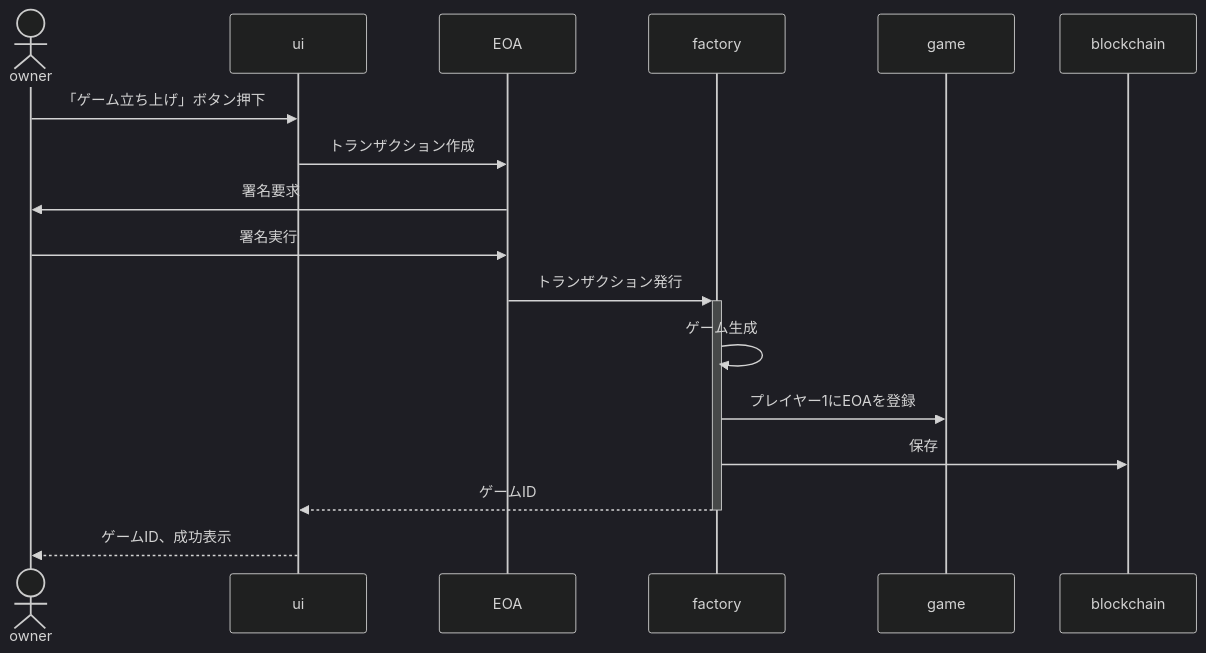
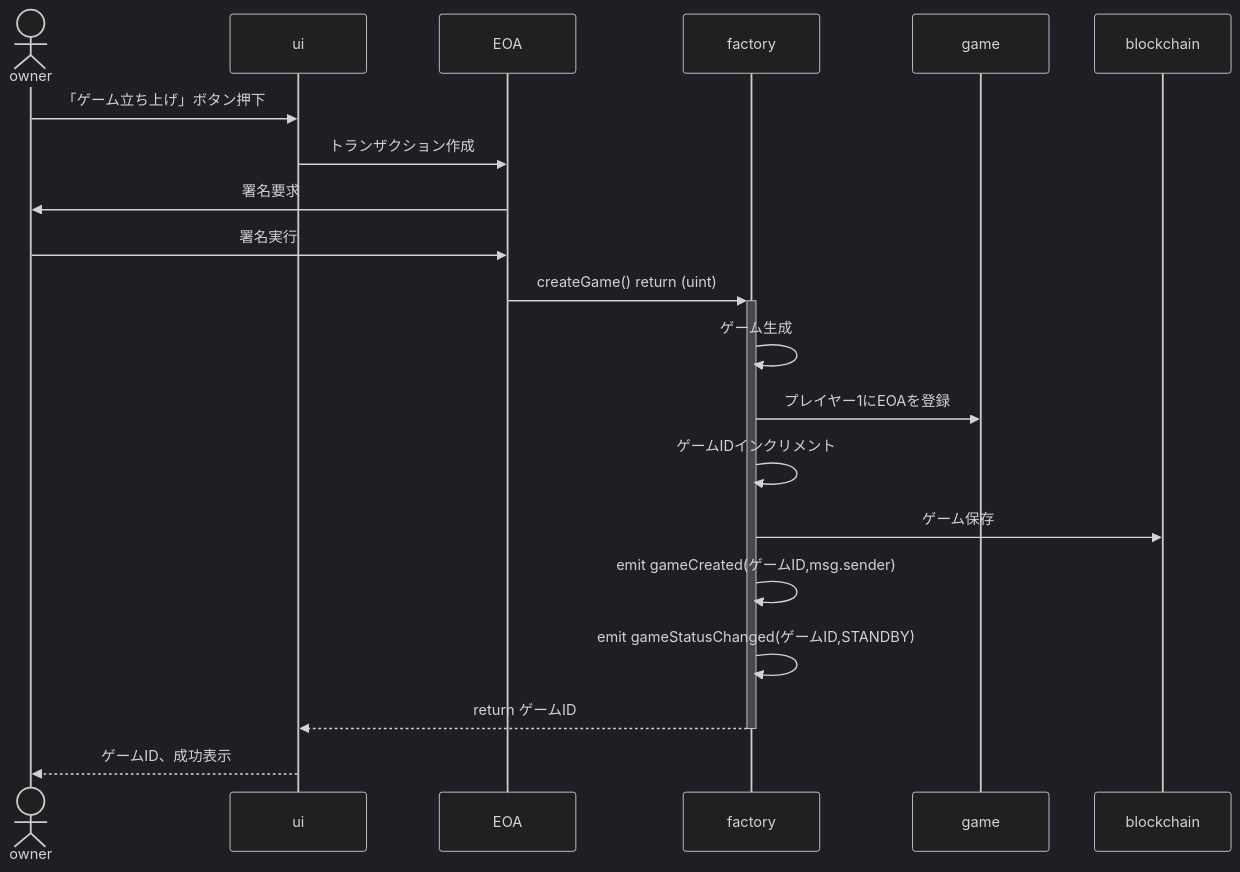
One commit to 0xHaku/preprod-gomoku changed the first of 3 diagrams in doc/sequence.md. Above: the diagram before and after it, drawn with Mermaid (dark theme). The commit also changed other lines of this file and 2 other files, not shown here.

````diff
--- a/doc/sequence.md
+++ b/doc/sequence.md
@@ -3,20 +3,24 @@
 ```mermaid
 sequenceDiagram
     actor owner
     participant ui
     participant EOA
     participant factory
     participant game
     participant blockchain
 
     owner->>ui: 「ゲーム立ち上げ」ボタン押下
     ui->>EOA: トランザクション作成
     EOA->>owner: 署名要求
     owner->>EOA: 署名実行
-    EOA->>+factory: トランザクション発行
+    EOA->>+factory: createGame() return (uint)
     factory->>factory: ゲーム生成
     factory->>game: プレイヤー1にEOAを登録
-    factory->>blockchain: 保存
-    factory-->>-ui: ゲームID
+    factory->>factory: ゲームIDインクリメント
+    factory->>blockchain: ゲーム保存
+    factory->>factory: emit gameCreated(ゲームID,msg.sender)
+    factory->>factory: emit gameStatusChanged(ゲームID,STANDBY)
+
+    factory-->>-ui: return ゲームID
     ui-->>owner: ゲームID、成功表示
 ```
````
